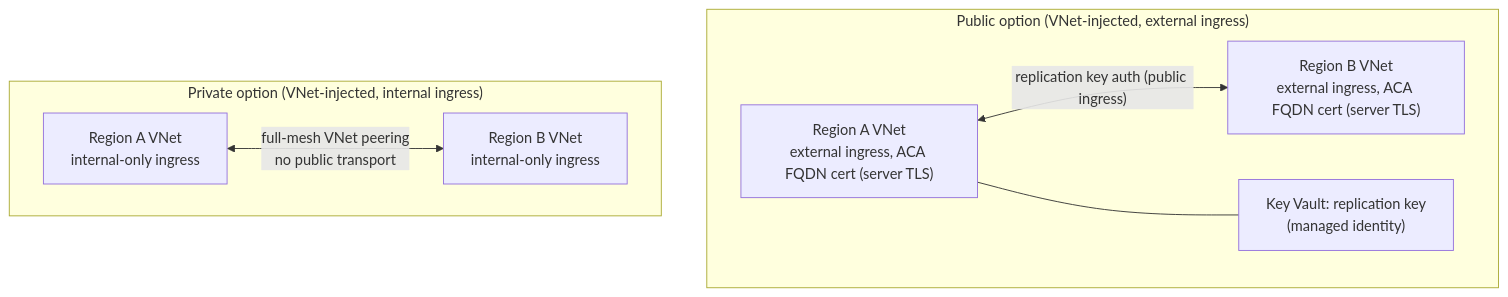
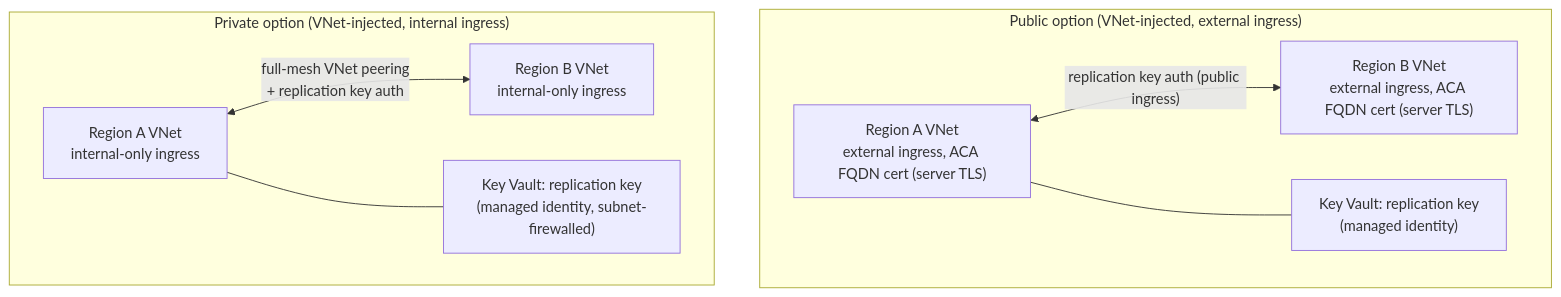
The fifth of 7 diagrams in reference-architecture.md (NSTA1/Orleans.Lattice), drawn with Mermaid before and after one commit. The commit also changed other lines of this file and 5 other files, not shown here.

````diff
--- a/reference-architecture.md
+++ b/reference-architecture.md
@@ -326,15 +339,17 @@
 ```mermaid
 flowchart TB
     subgraph Public["Public option (VNet-injected, external ingress)"]
         PA["Region A VNet<br/>external ingress, ACA FQDN cert (server TLS)"]
         PB["Region B VNet<br/>external ingress, ACA FQDN cert (server TLS)"]
         PA <-->|"replication key auth (public ingress)"| PB
         PKV["Key Vault: replication key<br/>(managed identity)"]
         PA --- PKV
     end
     subgraph Private["Private option (VNet-injected, internal ingress)"]
         VA["Region A VNet<br/>internal-only ingress"]
         VB["Region B VNet<br/>internal-only ingress"]
-        VA <-->|"full-mesh VNet peering<br/>no public transport"| VB
+        VA <-->|"full-mesh VNet peering<br/>+ replication key auth"| VB
+        VKV["Key Vault: replication key<br/>(managed identity, subnet-firewalled)"]
+        VA --- VKV
     end
 ```
````
